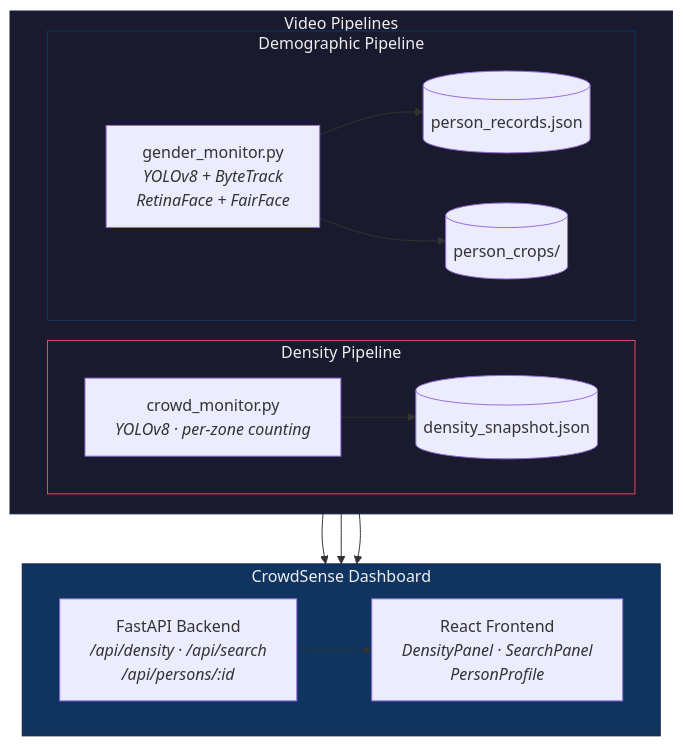
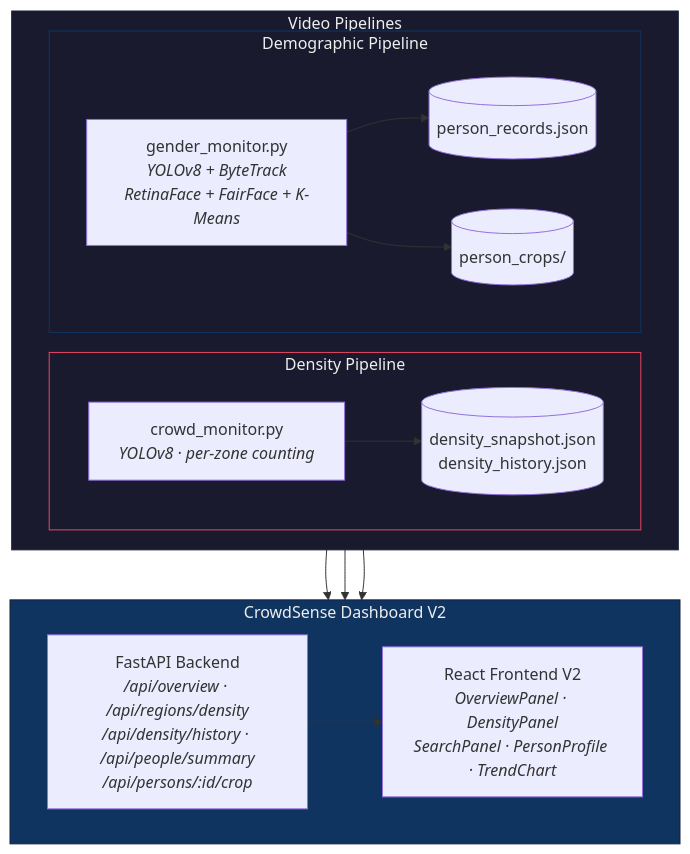
One commit to Enternatus/AI-Based-Regional-Density-Monitoring-with-Demographic-Insights changed the diagram in README.md. Above: the diagram before and after it, drawn with Mermaid. The commit also changed other lines of this file and 8 other files, not shown here.

First line of the commit message:
docs: integrate live Dashboard V2 screenshots and updated architecture in README

````diff
--- a/README.md
+++ b/README.md
@@ -60,34 +68,34 @@
 ```mermaid
 flowchart TB
     subgraph pipelines["Video Pipelines"]
         direction LR
         subgraph density["Density Pipeline"]
             CM["crowd_monitor.py<br/><i>YOLOv8 · per-zone counting</i>"]
-            DS[("density_snapshot.json")]
+            DS[("density_snapshot.json<br/>density_history.json")]
             CM --> DS
         end
         subgraph demographics["Demographic Pipeline"]
-            GM["gender_monitor.py<br/><i>YOLOv8 + ByteTrack<br/>RetinaFace + FairFace</i>"]
+            GM["gender_monitor.py<br/><i>YOLOv8 + ByteTrack<br/>RetinaFace + FairFace + K-Means</i>"]
             PR[("person_records.json")]
             PC[("person_crops/")]
             GM --> PR
             GM --> PC
         end
     end
 
-    subgraph dashboard["CrowdSense Dashboard"]
+    subgraph dashboard["CrowdSense Dashboard V2"]
         direction LR
-        API["FastAPI Backend<br/><i>/api/density · /api/search<br/>/api/persons/:id</i>"]
-        UI["React Frontend<br/><i>DensityPanel · SearchPanel<br/>PersonProfile</i>"]
+        API["FastAPI Backend<br/><i>/api/overview · /api/regions/density<br/>/api/density/history · /api/people/summary<br/>/api/persons/:id/crop</i>"]
+        UI["React Frontend V2<br/><i>OverviewPanel · DensityPanel<br/>SearchPanel · PersonProfile · TrendChart</i>"]
         API --> UI
     end
 
     DS --> API
     PR --> API
     PC --> API
 
     style pipelines fill:#1a1a2e,stroke:#16213e,color:#eee
     style dashboard fill:#0f3460,stroke:#16213e,color:#eee
     style density fill:#1a1a2e,stroke:#e94560,color:#eee
     style demographics fill:#1a1a2e,stroke:#0f3460,color:#eee
 ```
````
